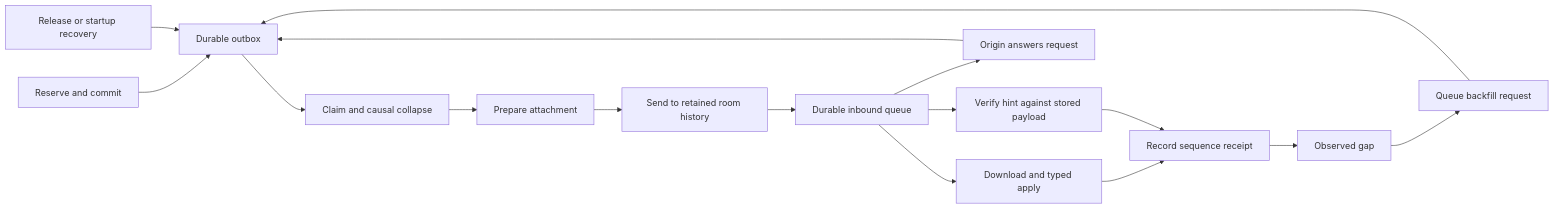
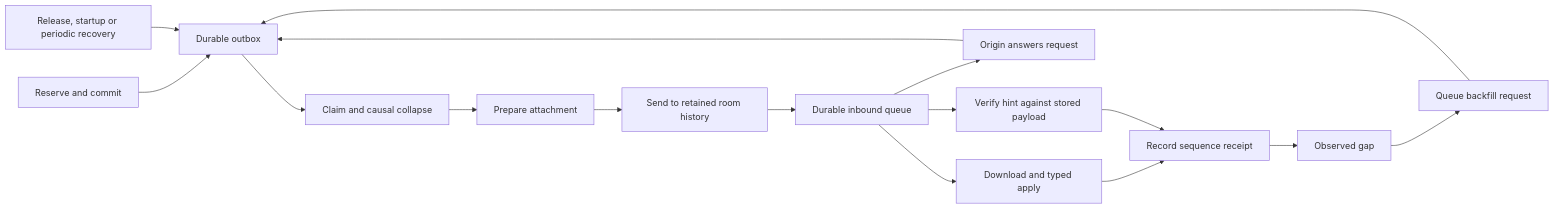
Before and after one commit to matthiasn/lotti: the diagram in specs/tla/README.md, drawn with Mermaid. The commit also changed other lines of this file and 10 other files, not shown here.

````diff
--- a/specs/tla/README.md
+++ b/specs/tla/README.md
@@ -40,18 +40,18 @@
 ```mermaid
 flowchart LR
     Write[Reserve and commit] --> Outbox[Durable outbox]
-    Recovery[Release or startup recovery] --> Outbox
+    Recovery[Release, startup or periodic recovery] --> Outbox
     Outbox --> Claim[Claim and causal collapse]
     Claim --> Upload[Prepare attachment]
     Upload --> Room[Send to retained room history]
     Room --> Inbound[Durable inbound queue]
     Inbound --> Apply[Download and typed apply]
     Apply --> Receipt[Record sequence receipt]
     Receipt --> Gap[Observed gap]
     Gap --> Request[Queue backfill request]
     Request --> Outbox
     Inbound --> Answer[Origin answers request]
     Answer --> Outbox
     Inbound --> Hint[Verify hint against stored payload]
     Hint --> Receipt
 ```
````
